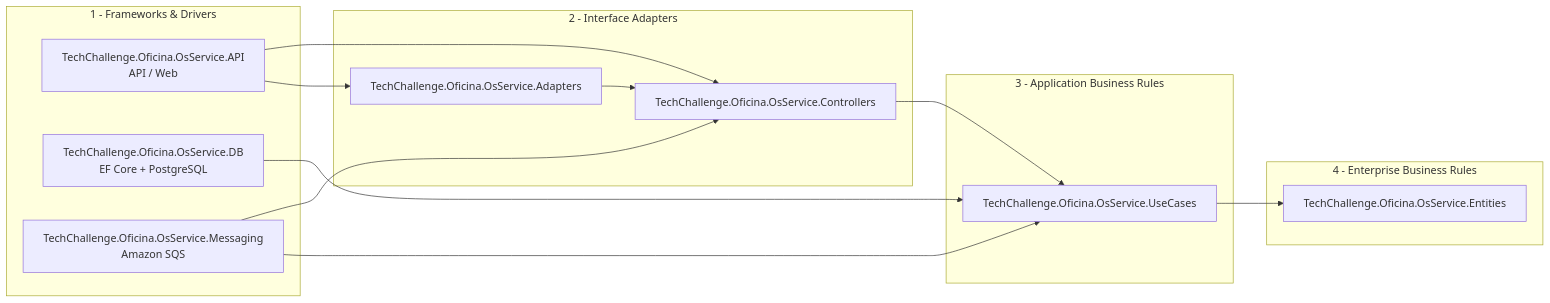
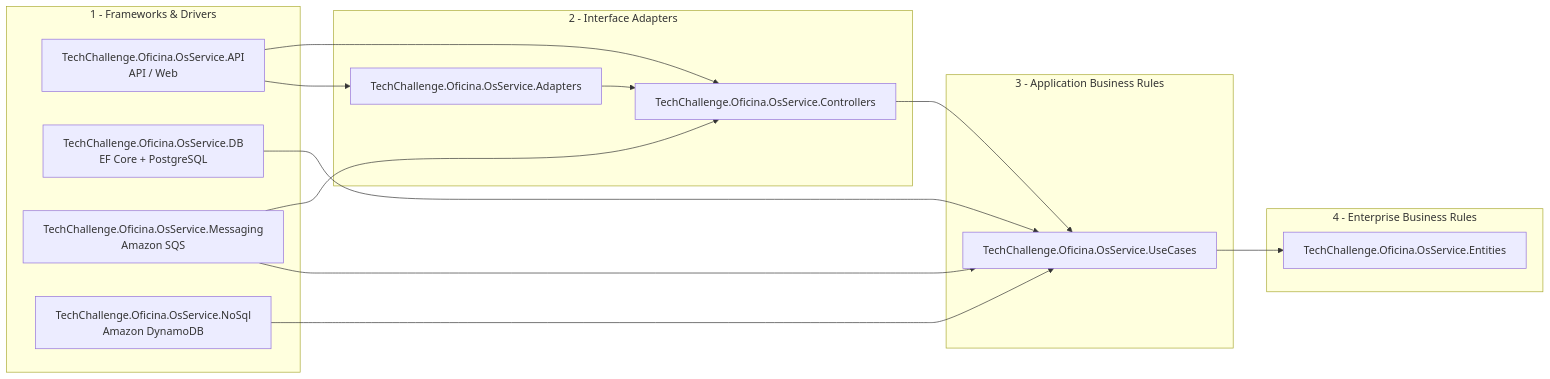
Before and after one commit to GuiToniello/tech-challenge-fase-4-OS-SERVICE-soat16-rm374658: the first of 2 diagrams in README.md, drawn with Mermaid. The commit also changed other lines of this file and 62 other files, not shown here.

````diff
--- a/README.md
+++ b/README.md
@@ -50,27 +50,29 @@
 ```mermaid
 flowchart LR
   subgraph FD[1 - Frameworks & Drivers]
     API[TechChallenge.Oficina.OsService.API\nAPI / Web]
     DB[TechChallenge.Oficina.OsService.DB\nEF Core + PostgreSQL]
     Messaging[TechChallenge.Oficina.OsService.Messaging\nAmazon SQS]
+    NoSql[TechChallenge.Oficina.OsService.NoSql\nAmazon DynamoDB]
   end
   subgraph IA[2 - Interface Adapters]
     Controllers[TechChallenge.Oficina.OsService.Controllers]
     Adapters[TechChallenge.Oficina.OsService.Adapters]
   end
   subgraph AB[3 - Application Business Rules]
     UseCases[TechChallenge.Oficina.OsService.UseCases]
   end
   subgraph EB[4 - Enterprise Business Rules]
     Entities[TechChallenge.Oficina.OsService.Entities]
   end
 
   API --> Controllers
   API --> Adapters
   Adapters --> Controllers
   DB --> UseCases
+  NoSql --> UseCases
   Messaging --> Controllers
   Messaging --> UseCases
   Controllers --> UseCases
   UseCases --> Entities
 ```
````
